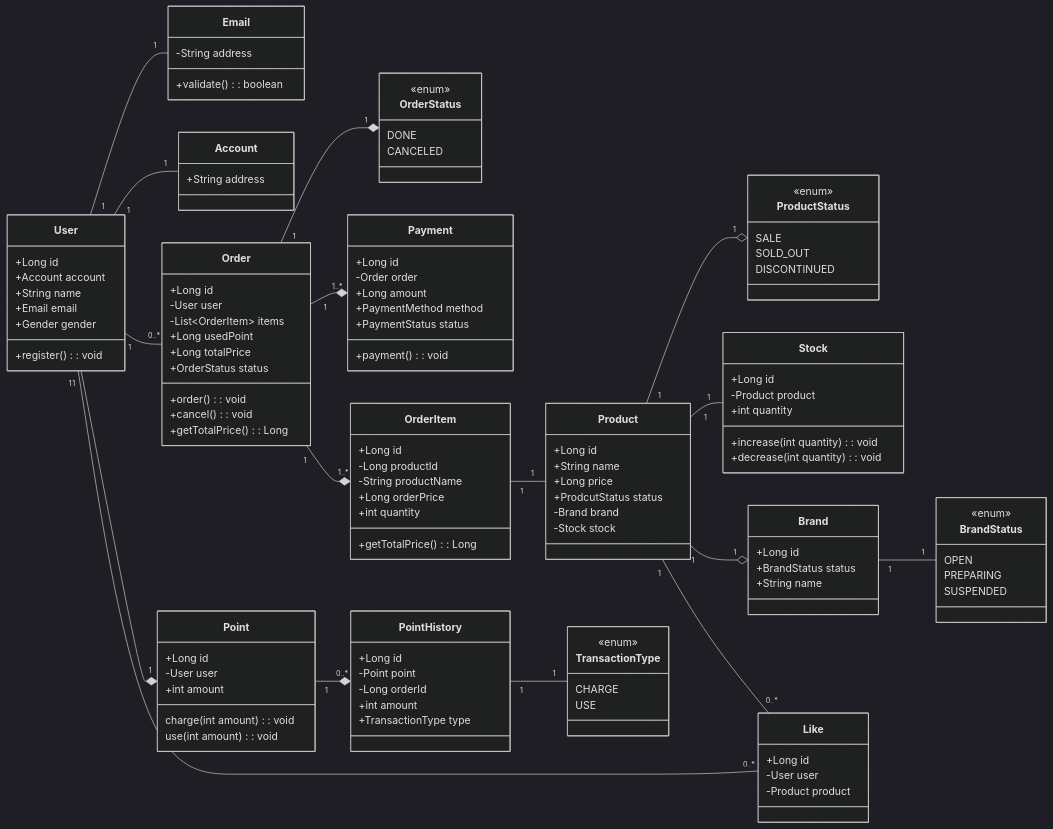
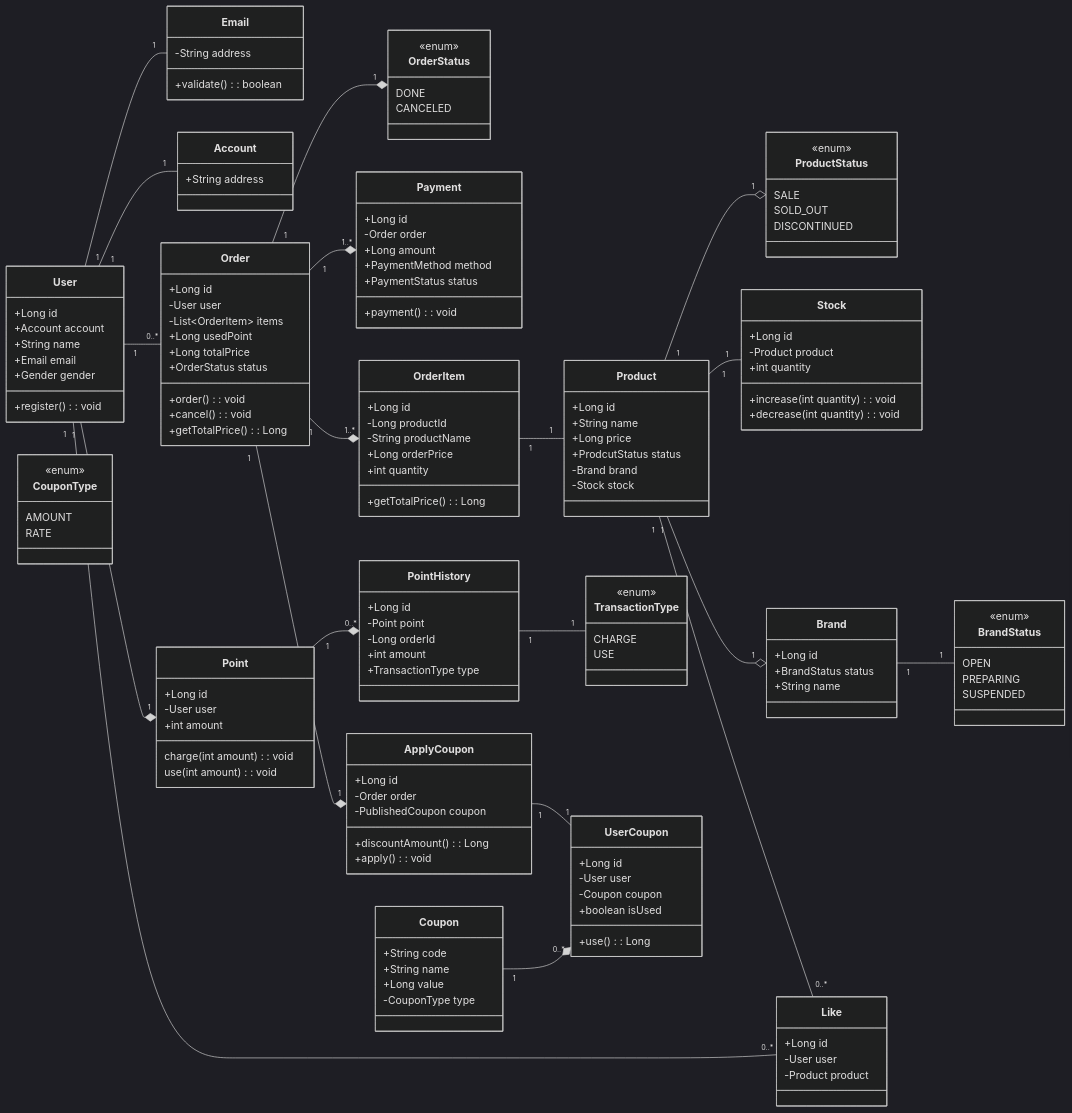
One commit to moonjin-kim/door-commerce changed the diagram in docs/design/03-class-diagrams.md. Above: the diagram before and after it, drawn with Mermaid (dark theme). The commit also changed 63 other files, not shown here.

````diff
--- a/docs/design/03-class-diagrams.md
+++ b/docs/design/03-class-diagrams.md
@@ -92,6 +92,13 @@
         +int quantity
         +getTotalPrice(): Long
     }
+    class ApplyCoupon {
+        +Long id
+        -Order order
+        -PublishedCoupon coupon
+        +discountAmount(): Long
+        +apply(): void
+    }
     
     class Point {
         +Long id
@@ -113,6 +120,24 @@
         CHARGE
         USE
     }
+    class Coupon {
+        +String code
+        +String name
+        +Long value
+        -CouponType type
+    }
+    class UserCoupon {
+        +Long id
+        -User user
+        -Coupon coupon
+        +boolean isUsed
+        +use(): Long
+    }
+    class CouponType {
+        <<enum>>
+        AMOUNT
+        RATE
+    }
 User "1" --* "1" Point
 User "1" -- "0..*" Order
 User "1" -- "0..*" Like
@@ -132,7 +157,12 @@
 Order "1" --* "1..*" OrderItem
 Order "1" --* "1..*" Payment
 Order "1" --* "1" OrderStatus
+Order "1" --* "1" ApplyCoupon
 
 OrderItem "1" -- "1" Product
 
+Coupon "1" --* "0..*" UserCoupon
+ApplyCoupon "1" -- "1" UserCoupon
+
+
 ```
````
